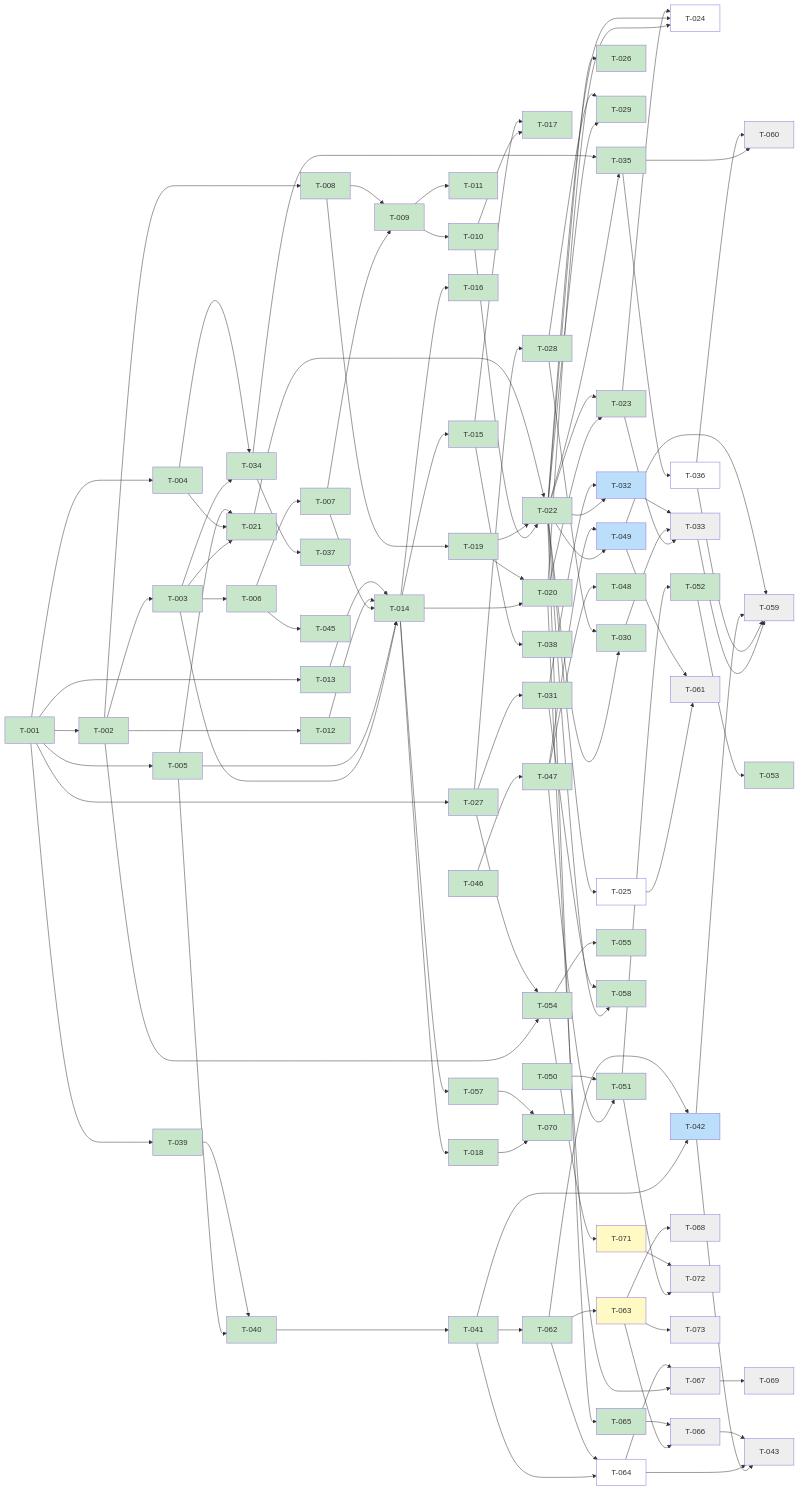
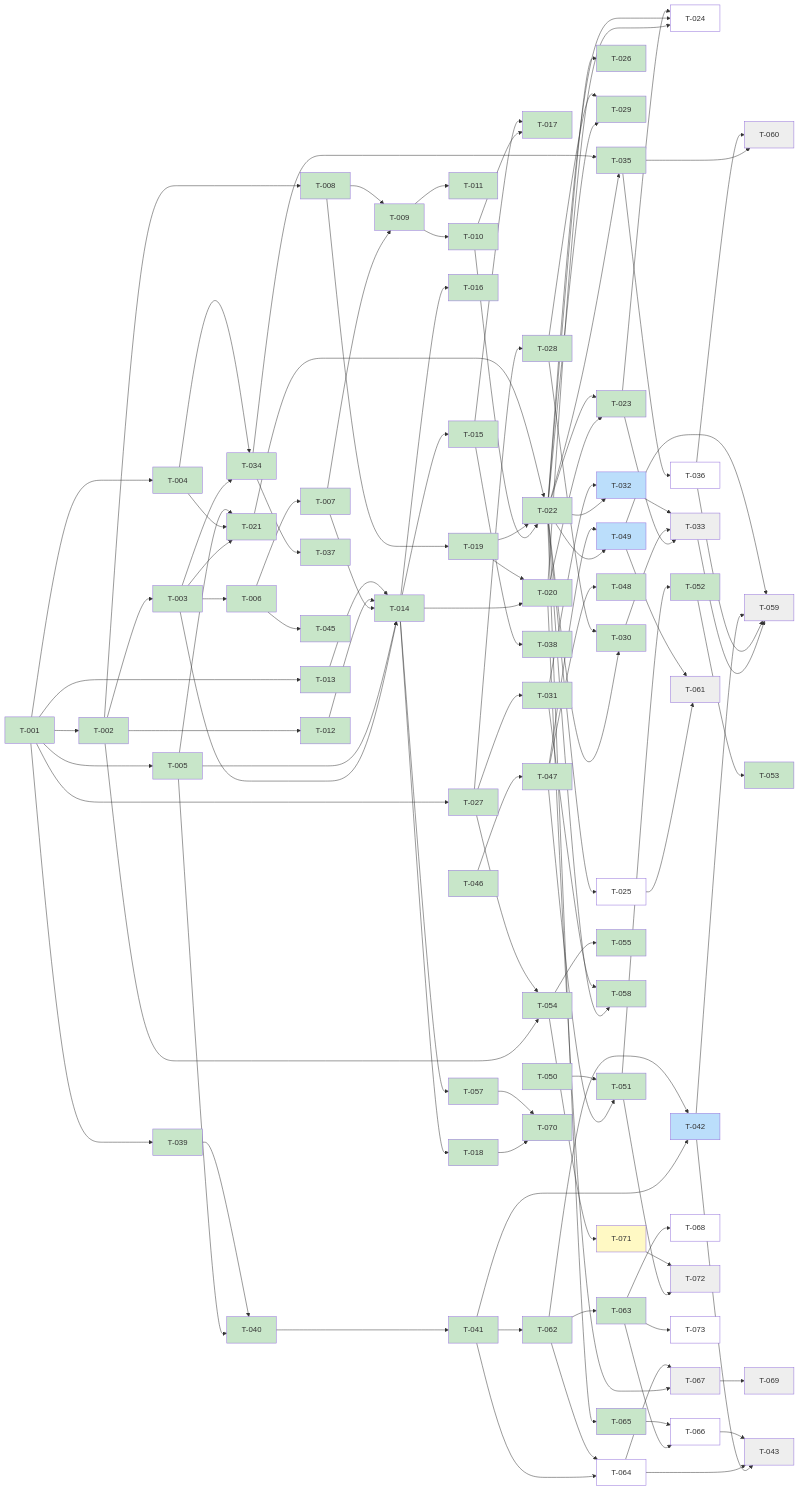
The diagram in kanban/BOARD.md (scholtz/biatec-chat), drawn with Mermaid before and after one commit. The commit also changed other lines of this file and 4 other files, not shown here.

````diff
--- a/kanban/BOARD.md
+++ b/kanban/BOARD.md
@@ -221,9 +221,9 @@
   classDef inprogress fill:#bbdefb
   classDef backlog fill:#ffffff
   classDef blocked fill:#eeeeee
-  class T001,T002,T003,T004,T005,T006,T007,T008,T009,T010,T011,T012,T013,T014,T015,T016,T017,T018,T019,T020,T021,T022,T023,T026,T027,T028,T029,T030,T031,T034,T035,T037,T038,T039,T040,T041,T044,T045,T046,T047,T048,T050,T051,T052,T053,T054,T055,T056,T057,T058,T062,T065,T070 done
-  class T063,T071 review
+  class T001,T002,T003,T004,T005,T006,T007,T008,T009,T010,T011,T012,T013,T014,T015,T016,T017,T018,T019,T020,T021,T022,T023,T026,T027,T028,T029,T030,T031,T034,T035,T037,T038,T039,T040,T041,T044,T045,T046,T047,T048,T050,T051,T052,T053,T054,T055,T056,T057,T058,T062,T063,T065,T070 done
+  class T071 review
   class T042,T032,T049 inprogress
-  class T024,T036,T064,T025 backlog
-  class T033,T059,T043,T066,T068,T072,T060,T061,T067,T069,T073 blocked
+  class T024,T036,T064,T025,T066,T068,T073 backlog
+  class T033,T059,T043,T072,T060,T061,T067,T069 blocked
 ```
````
